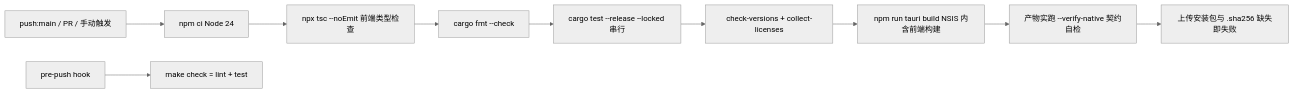
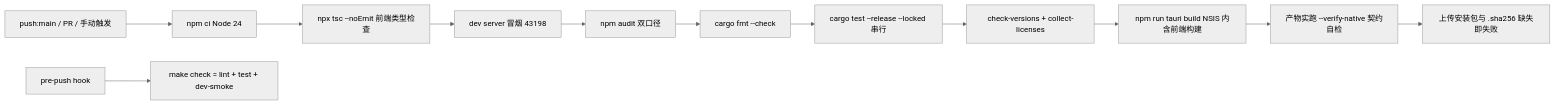
The first of 11 diagrams in docs/architecture/03-workflow.md (hershate/Deep-tutor), drawn with Mermaid (neutral theme) before and after one commit. The commit also changed other lines of this file and 16 other files, not shown here.

````diff
--- a/docs/architecture/03-workflow.md
+++ b/docs/architecture/03-workflow.md
@@ -20,12 +19,14 @@
 ```mermaid
 flowchart LR
     A[push:main / PR / 手动触发] --> B[npm ci Node 24]
     B --> T[npx tsc --noEmit 前端类型检查]
-    T --> C[cargo fmt --check]
+    T --> S[dev server 冒烟 43198]
+    S --> AU[npm audit 双口径]
+    AU --> C[cargo fmt --check]
     C --> D[cargo test --release --locked 串行]
     D --> E[check-versions + collect-licenses]
     E --> F[npm run tauri build NSIS 内含前端构建]
     F --> V[产物实跑 --verify-native 契约自检]
     V --> G[上传安装包与 .sha256 缺失即失败]
-    H[pre-push hook] --> I[make check = lint + test]
+    H[pre-push hook] --> I[make check = lint + test + dev-smoke]
 ```
````
